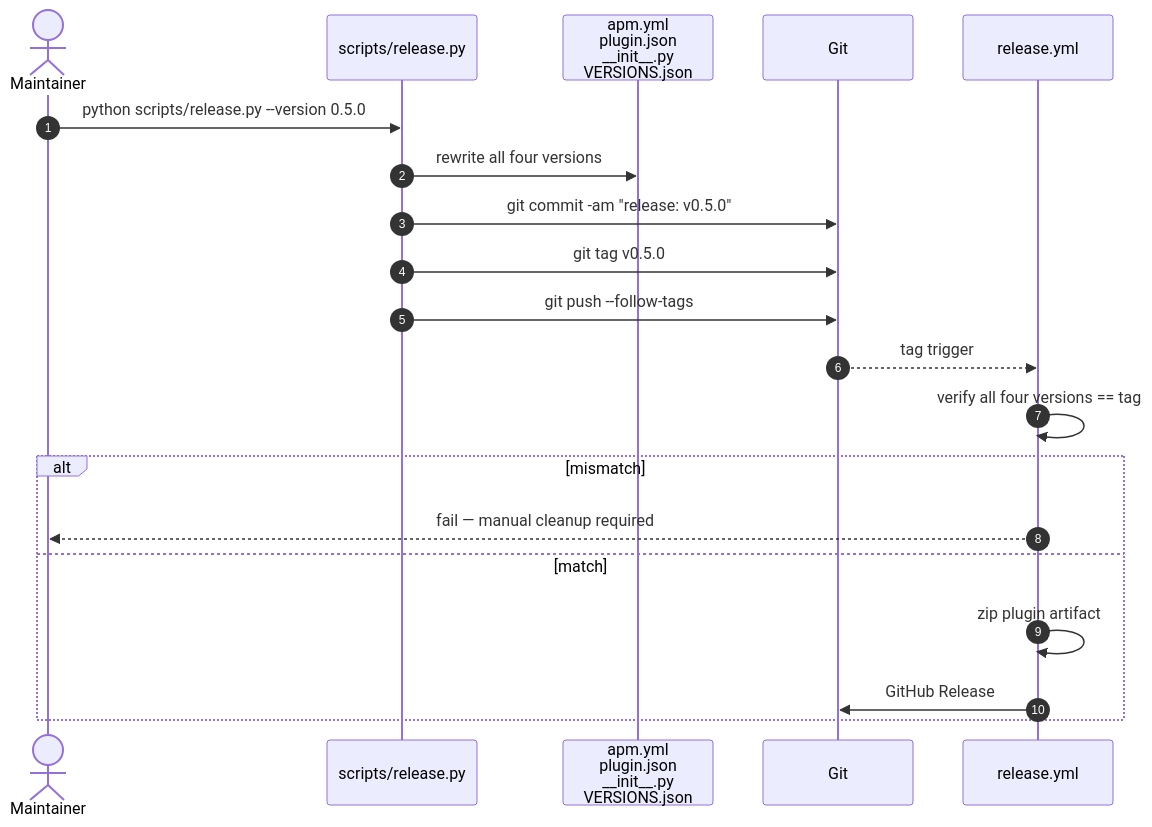
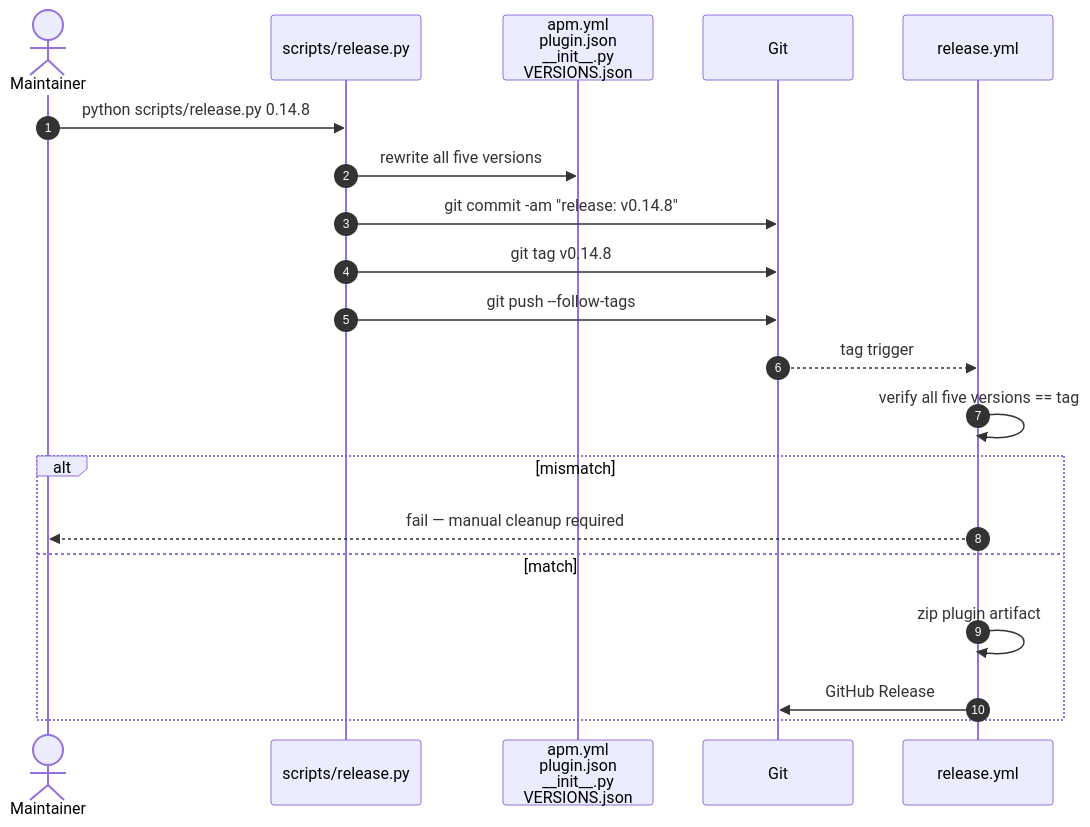
The seventh of 7 diagrams in wiki/docs/onboarding/staff-engineer.md (msucharda/slz-readiness), drawn with Mermaid before and after one commit. The commit also changed other lines of this file and 39 other files, not shown here.

````diff
--- a/wiki/docs/onboarding/staff-engineer.md
+++ b/wiki/docs/onboarding/staff-engineer.md
@@ -489,23 +489,23 @@
 ```mermaid
 sequenceDiagram
     autonumber
     actor Maintainer
     participant Release as scripts/release.py
     participant Files as apm.yml<br>plugin.json<br>__init__.py<br>VERSIONS.json
     participant Git
     participant CI as release.yml
 
-    Maintainer->>Release: python scripts/release.py --version 0.5.0
-    Release->>Files: rewrite all four versions
-    Release->>Git: git commit -am "release: v0.5.0"
-    Release->>Git: git tag v0.5.0
+    Maintainer->>Release: python scripts/release.py 0.14.8
+    Release->>Files: rewrite all five versions
+    Release->>Git: git commit -am "release: v0.14.8"
+    Release->>Git: git tag v0.14.8
     Release->>Git: git push --follow-tags
     Git-->>CI: tag trigger
-    CI->>CI: verify all four versions == tag
+    CI->>CI: verify all five versions == tag
     alt mismatch
         CI-->>Maintainer: fail — manual cleanup required
     else match
         CI->>CI: zip plugin artifact
         CI->>Git: GitHub Release
     end
 ```
````
